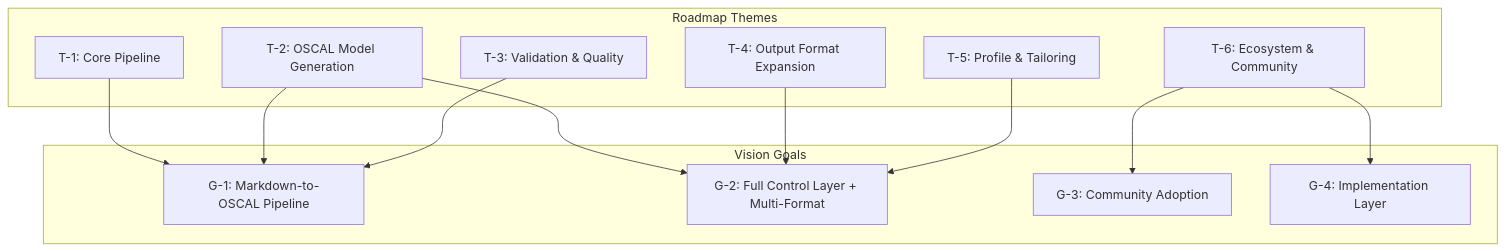
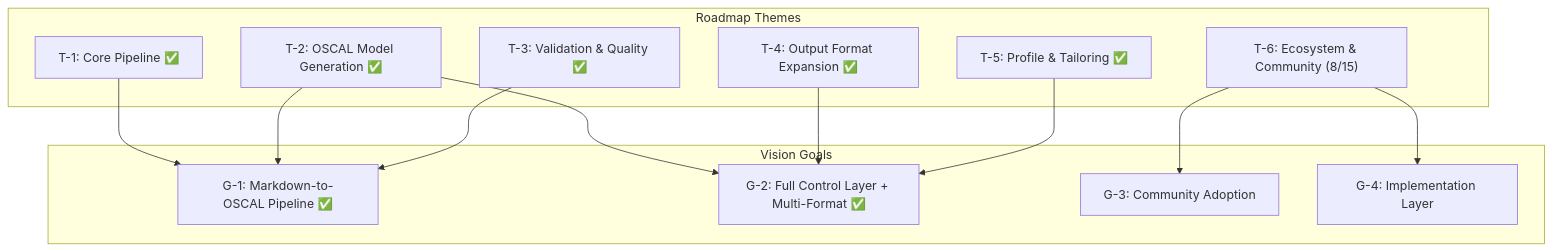
Before and after one commit to policy-forge/forge: the first of 7 diagrams in docs/FORGE_PRODUCT_ROADMAP.md, drawn with Mermaid. The commit also changed other lines of this file and 3 other files, not shown here.

First line of the commit message:
chore: bump to v0.3.0, refresh roadmap to reflect actual completion state

````diff
--- a/docs/FORGE_PRODUCT_ROADMAP.md
+++ b/docs/FORGE_PRODUCT_ROADMAP.md
@@ -88,19 +89,19 @@
 ```mermaid
 graph TD
     subgraph Vision Goals
-        G1["G-1: Markdown-to-OSCAL Pipeline"]
-        G2["G-2: Full Control Layer + Multi-Format"]
+        G1["G-1: Markdown-to-OSCAL Pipeline ✅"]
+        G2["G-2: Full Control Layer + Multi-Format ✅"]
         G3["G-3: Community Adoption"]
         G4["G-4: Implementation Layer"]
     end
     subgraph Roadmap Themes
-        T1["T-1: Core Pipeline"] --> G1
-        T2["T-2: OSCAL Model Generation"] --> G1
+        T1["T-1: Core Pipeline ✅"] --> G1
+        T2["T-2: OSCAL Model Generation ✅"] --> G1
         T2 --> G2
-        T3["T-3: Validation & Quality"] --> G1
-        T4["T-4: Output Format Expansion"] --> G2
-        T5["T-5: Profile & Tailoring"] --> G2
-        T6["T-6: Ecosystem & Community"] --> G3
+        T3["T-3: Validation & Quality ✅"] --> G1
+        T4["T-4: Output Format Expansion ✅"] --> G2
+        T5["T-5: Profile & Tailoring ✅"] --> G2
+        T6["T-6: Ecosystem & Community (8/15)"] --> G3
         T6 --> G4
     end
 ```
````
